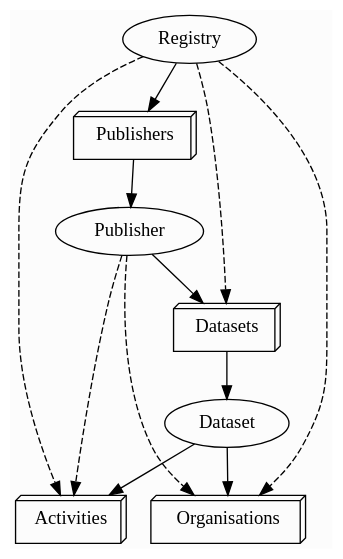
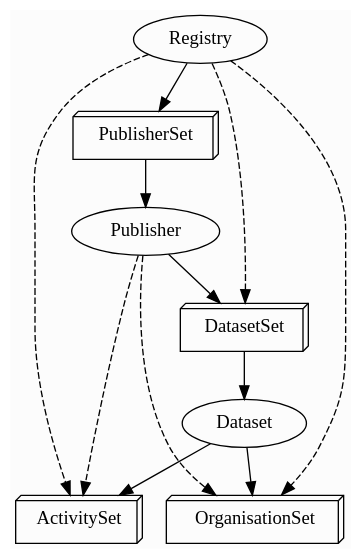
One commit to codeforIATI/iatikit changed the diagram in docs/usage.rst. Above: the diagram before and after it, drawn with Graphviz. The commit also changed 7 other files, not shown here.

```diff
--- a/docs/usage.rst
+++ b/docs/usage.rst
@@ -9,26 +9,26 @@
 .. graphviz::
 
    digraph structure {
        bgcolor="#fcfcfc";
 
        registry [label="Registry"];
-       publishers [label="Publishers", shape="box3d"];
+       publishers [label="PublisherSet", shape="box3d"];
        publisher [label="Publisher"];
-       datasets [label="Datasets", shape="box3d"];
+       datasets [label="DatasetSet", shape="box3d"];
        dataset [label="Dataset"];
-       activities [label="Activities", shape="box3d"];
-       organisations [label="Organisations", shape="box3d"];
+       activities [label="ActivitySet", shape="box3d"];
+       organisations [label="OrganisationSet", shape="box3d"];
 
        registry -> publishers -> publisher -> datasets -> dataset;
 
        registry -> datasets [style="dashed"];
        registry -> activities [style="dashed"];
        registry -> organisations [style="dashed"];
 
        publisher -> activities [style="dashed"];
        publisher -> organisations [style="dashed"];
 
        dataset -> activities;
        dataset -> organisations;
 
    }
```
